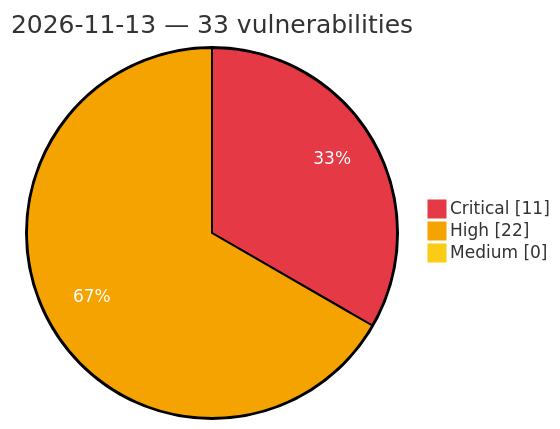
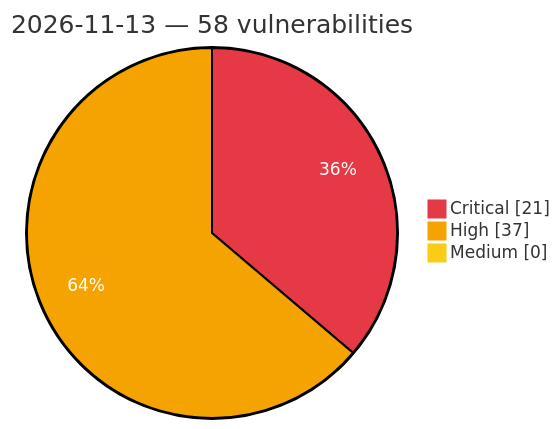
The diagram in vulnerabilities/2026/November/2026-11-13.md (GhostX0X/vuln-tracker), drawn with Mermaid before and after one commit. The commit also changed other lines of this file and 5 other files, not shown here.

Commit message:
Auto update: critical/high vulns (2026-11-13 18:03 UTC)

````diff
--- a/vulnerabilities/2026/November/2026-11-13.md
+++ b/vulnerabilities/2026/November/2026-11-13.md
@@ -3,8 +3,8 @@
 ```mermaid
 %%{init: {'theme':'base', 'themeVariables': {'pie1':'#e63946', 'pie2':'#f4a300', 'pie3':'#facc15', 'pieOpacity':'1', 'pieOuterStrokeWidth':'2px', 'pieSectionTextColor':'#ffffff'}}}%%
 pie showData
-    title 2026-11-13 — 33 vulnerabilities
-    "Critical" : 11
-    "High" : 22
+    title 2026-11-13 — 58 vulnerabilities
+    "Critical" : 21
+    "High" : 37
     "Medium" : 0
 ```
````
